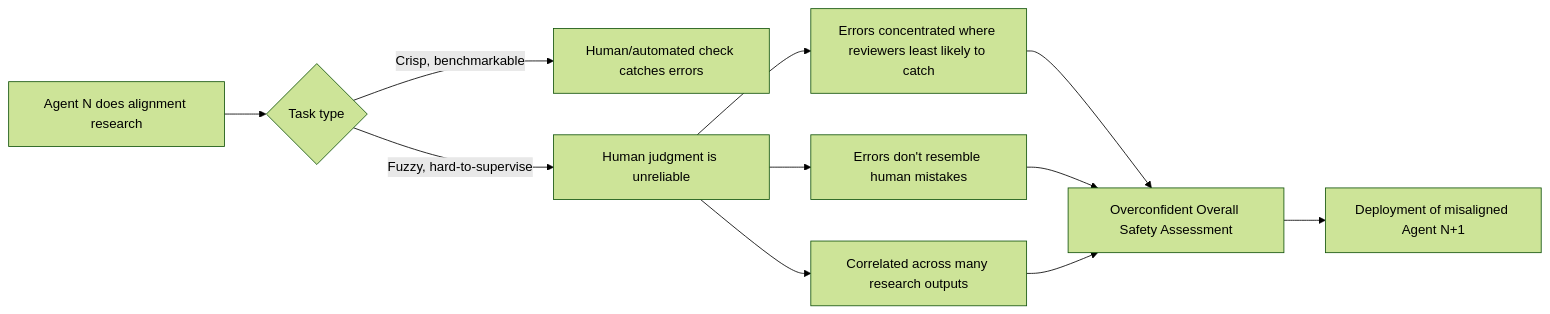
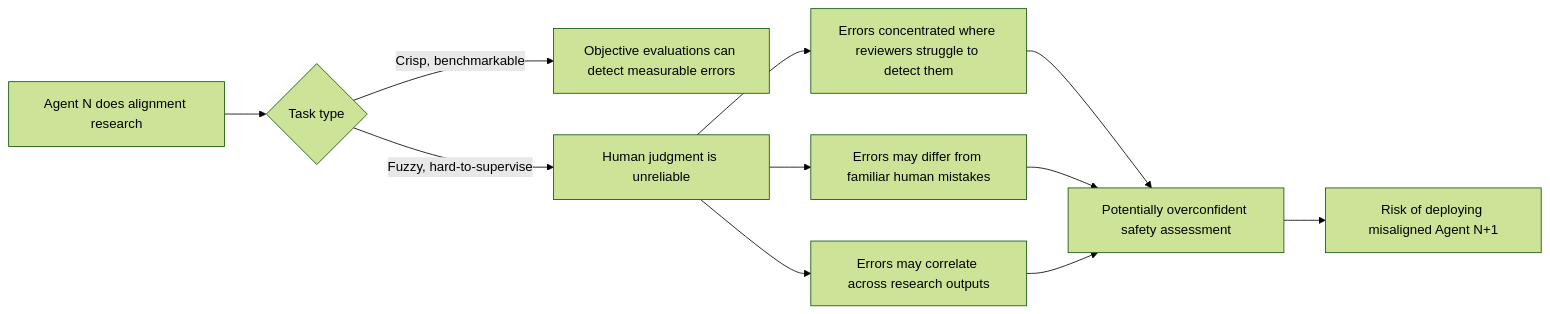
Before and after one commit to minwu-ai/minwu-ai.github.io: the diagram in posts/unpublished/the-plan-to-automate-alignment-has-a-benchmark-problem-that-.md, drawn with Mermaid (forest theme). The commit also changed other lines of this file, not shown here.

````diff
--- a/posts/unpublished/the-plan-to-automate-alignment-has-a-benchmark-problem-that-.md
+++ b/posts/unpublished/the-plan-to-automate-alignment-has-a-benchmark-problem-that-.md
@@ -27,11 +45,13 @@
 ```mermaid
 flowchart LR
     A[Agent N does alignment research] --> B{Task type}
-    B -->|Crisp, benchmarkable| C[Human/automated check catches errors]
+    B -->|Crisp, benchmarkable| C[Objective evaluations can detect measurable errors]
     B -->|Fuzzy, hard-to-supervise| D[Human judgment is unreliable]
-    D --> E[Errors concentrated where reviewers least likely to catch]
-    D --> F[Errors don't resemble human mistakes]
-    D --> G[Correlated across many research outputs]
-    E & F & G --> H[Overconfident Overall Safety Assessment]
-    H --> I[Deployment of misaligned Agent N+1]
+    D --> E[Errors concentrated where reviewers struggle to detect them]
+    D --> F[Errors may differ from familiar human mistakes]
+    D --> G[Errors may correlate across research outputs]
+    E --> H[Potentially overconfident safety assessment]
+    F --> H
+    G --> H
+    H --> I[Risk of deploying misaligned Agent N+1]
 ```
````
